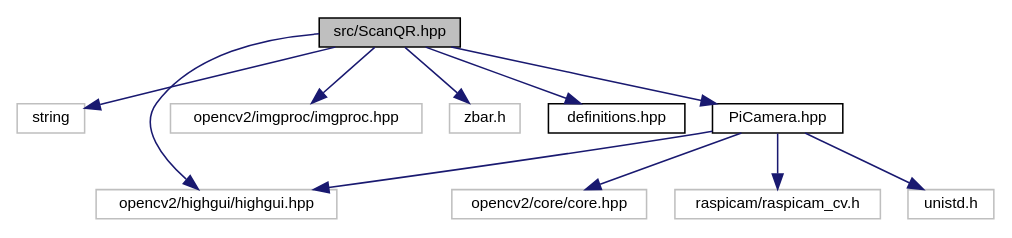
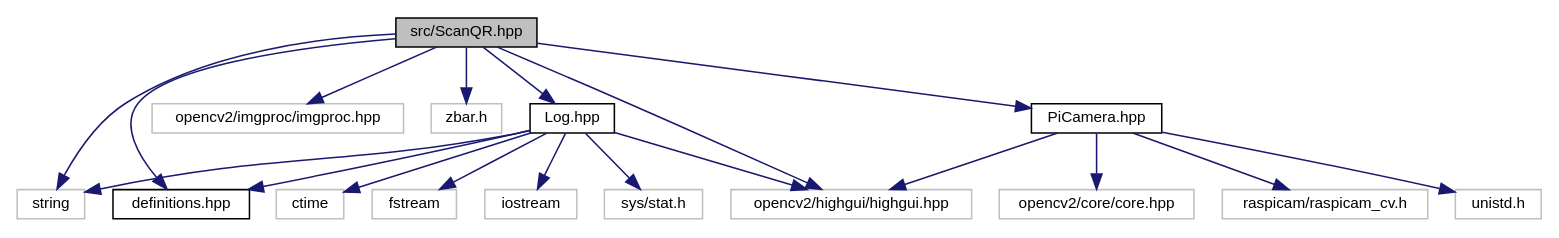
Before and after one commit to sawbg/chip-chip-array: the diagram in doc/rtf/ScanQR_8hpp__incl.dot, drawn with Graphviz. The commit also changed 98 other files, not shown here.

```diff
--- a/doc/rtf/ScanQR_8hpp__incl.dot
+++ b/doc/rtf/ScanQR_8hpp__incl.dot
@@ -1,25 +1,38 @@
 digraph "src/ScanQR.hpp"
 {
   edge [fontname="Helvetica",fontsize="10",labelfontname="Helvetica",labelfontsize="10"];
   node [fontname="Helvetica",fontsize="10",shape=record];
   Node1 [label="src/ScanQR.hpp",height=0.2,width=0.4,color="black", fillcolor="grey75", style="filled", fontcolor="black"];
   Node1 -> Node2 [color="midnightblue",fontsize="10",style="solid",fontname="Helvetica"];
   Node2 [label="string",height=0.2,width=0.4,color="grey75", fillcolor="white", style="filled"];
   Node1 -> Node3 [color="midnightblue",fontsize="10",style="solid",fontname="Helvetica"];
   Node3 [label="opencv2/highgui/highgui.hpp",height=0.2,width=0.4,color="grey75", fillcolor="white", style="filled"];
   Node1 -> Node4 [color="midnightblue",fontsize="10",style="solid",fontname="Helvetica"];
   Node4 [label="opencv2/imgproc/imgproc.hpp",height=0.2,width=0.4,color="grey75", fillcolor="white", style="filled"];
   Node1 -> Node5 [color="midnightblue",fontsize="10",style="solid",fontname="Helvetica"];
   Node5 [label="zbar.h",height=0.2,width=0.4,color="grey75", fillcolor="white", style="filled"];
   Node1 -> Node6 [color="midnightblue",fontsize="10",style="solid",fontname="Helvetica"];
   Node6 [label="definitions.hpp",height=0.2,width=0.4,color="black", fillcolor="white", style="filled",URL="$definitions_8hpp.html"];
   Node1 -> Node7 [color="midnightblue",fontsize="10",style="solid",fontname="Helvetica"];
-  Node7 [label="PiCamera.hpp",height=0.2,width=0.4,color="black", fillcolor="white", style="filled",URL="$PiCamera_8hpp.html"];
+  Node7 [label="Log.hpp",height=0.2,width=0.4,color="black", fillcolor="white", style="filled",URL="$Log_8hpp.html"];
   Node7 -> Node8 [color="midnightblue",fontsize="10",style="solid",fontname="Helvetica"];
-  Node8 [label="opencv2/core/core.hpp",height=0.2,width=0.4,color="grey75", fillcolor="white", style="filled"];
+  Node8 [label="ctime",height=0.2,width=0.4,color="grey75", fillcolor="white", style="filled"];
+  Node7 -> Node9 [color="midnightblue",fontsize="10",style="solid",fontname="Helvetica"];
+  Node9 [label="fstream",height=0.2,width=0.4,color="grey75", fillcolor="white", style="filled"];
+  Node7 -> Node10 [color="midnightblue",fontsize="10",style="solid",fontname="Helvetica"];
+  Node10 [label="iostream",height=0.2,width=0.4,color="grey75", fillcolor="white", style="filled"];
   Node7 -> Node3 [color="midnightblue",fontsize="10",style="solid",fontname="Helvetica"];
-  Node7 -> Node9 [color="midnightblue",fontsize="10",style="solid",fontname="Helvetica"];
-  Node9 [label="raspicam/raspicam_cv.h",height=0.2,width=0.4,color="grey75", fillcolor="white", style="filled"];
-  Node7 -> Node10 [color="midnightblue",fontsize="10",style="solid",fontname="Helvetica"];
-  Node10 [label="unistd.h",height=0.2,width=0.4,color="grey75", fillcolor="white", style="filled"];
+  Node7 -> Node2 [color="midnightblue",fontsize="10",style="solid",fontname="Helvetica"];
+  Node7 -> Node11 [color="midnightblue",fontsize="10",style="solid",fontname="Helvetica"];
+  Node11 [label="sys/stat.h",height=0.2,width=0.4,color="grey75", fillcolor="white", style="filled"];
+  Node7 -> Node6 [color="midnightblue",fontsize="10",style="solid",fontname="Helvetica"];
+  Node1 -> Node12 [color="midnightblue",fontsize="10",style="solid",fontname="Helvetica"];
+  Node12 [label="PiCamera.hpp",height=0.2,width=0.4,color="black", fillcolor="white", style="filled",URL="$PiCamera_8hpp.html"];
+  Node12 -> Node13 [color="midnightblue",fontsize="10",style="solid",fontname="Helvetica"];
+  Node13 [label="opencv2/core/core.hpp",height=0.2,width=0.4,color="grey75", fillcolor="white", style="filled"];
+  Node12 -> Node3 [color="midnightblue",fontsize="10",style="solid",fontname="Helvetica"];
+  Node12 -> Node14 [color="midnightblue",fontsize="10",style="solid",fontname="Helvetica"];
+  Node14 [label="raspicam/raspicam_cv.h",height=0.2,width=0.4,color="grey75", fillcolor="white", style="filled"];
+  Node12 -> Node15 [color="midnightblue",fontsize="10",style="solid",fontname="Helvetica"];
+  Node15 [label="unistd.h",height=0.2,width=0.4,color="grey75", fillcolor="white", style="filled"];
 }
```
